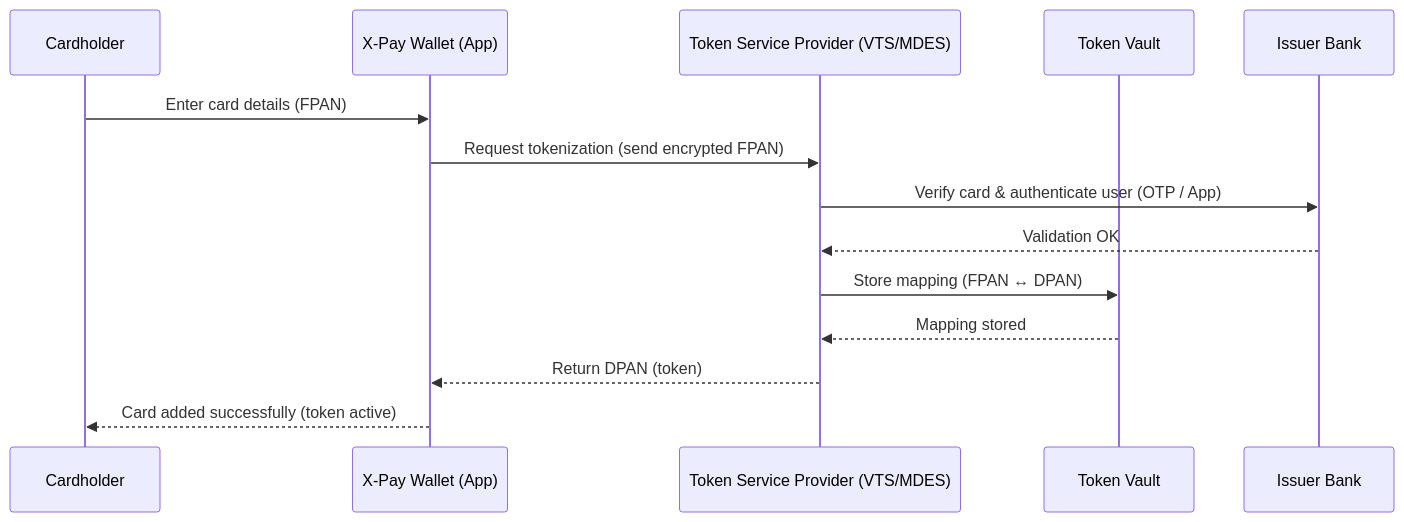
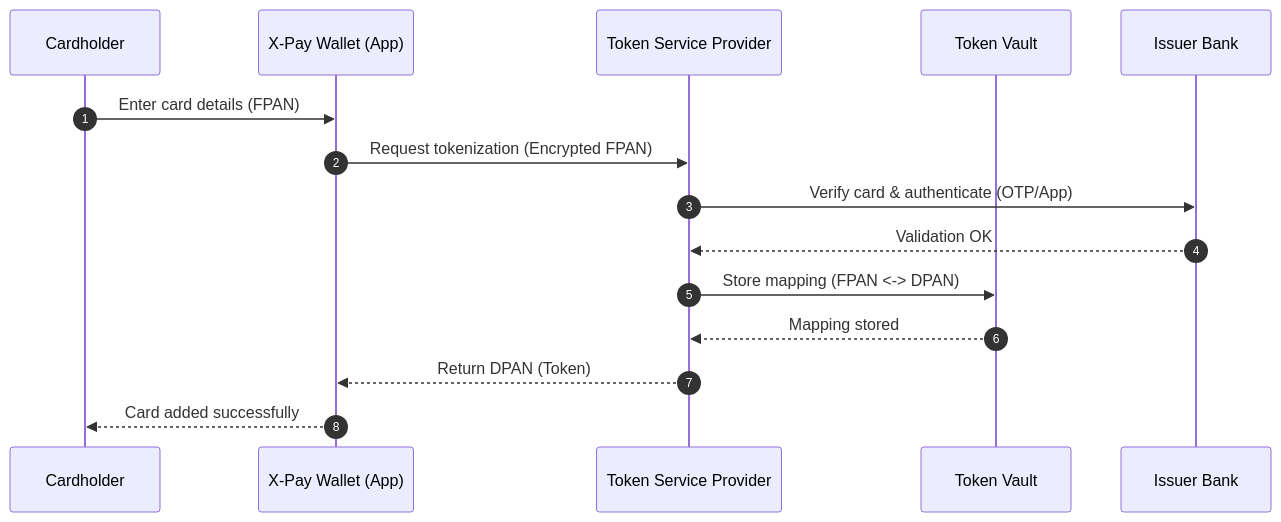
One commit to lorenzoleonelli/CISSP-Zero-to-Hero changed the first of 2 diagrams in DOMAIN2: Asset Security/2.D.2 Mobile wallets (e.g., Apple Pay, Google Pay): tokenization in action.md. Above: the diagram before and after it, drawn with Mermaid. The commit also changed other lines of this file, not shown here.

Commit message:
Update 2.D.2 Mobile wallets (e.g., Apple Pay, Google Pay): tokenization in action.md

````diff
--- a/DOMAIN2: Asset Security/2.D.2 Mobile wallets (e.g., Apple Pay, Google Pay): tokenization in action.md
+++ b/DOMAIN2: Asset Security/2.D.2 Mobile wallets (e.g., Apple Pay, Google Pay): tokenization in action.md
@@ -20,19 +20,19 @@
 ```mermaid
 sequenceDiagram
-    participant Cardholder
-    participant XPay_Wallet as X-Pay Wallet (App)
-    participant TSP as Token Service Provider (VTS/MDES)
-    participant Token_Vault as Token Vault
-    participant Issuer_Bank as Issuer Bank
+    autonumber
+    participant C as Cardholder
+    participant W as X-Pay Wallet (App)
+    participant TSP as Token Service Provider
+    participant TV as Token Vault
+    participant IB as Issuer Bank
 
-    Cardholder->>XPay_Wallet: Enter card details (FPAN)
-    XPay_Wallet->>TSP: Request tokenization (send encrypted FPAN)
-    TSP->>Issuer_Bank: Verify card & authenticate user (OTP / App)
-    Issuer_Bank-->>TSP: Validation OK
-    TSP->>Token_Vault: Store mapping (FPAN ↔ DPAN)
-    Token_Vault-->>TSP: Mapping stored
-    TSP-->>XPay_Wallet: Return DPAN (token)
-    XPay_Wallet-->>Cardholder: Card added successfully (token active)
-
+    C->>W: Enter card details (FPAN)
+    W->>TSP: Request tokenization (Encrypted FPAN)
+    TSP->>IB: Verify card & authenticate (OTP/App)
+    IB-->>TSP: Validation OK
+    TSP->>TV: Store mapping (FPAN <-> DPAN)
+    TV-->>TSP: Mapping stored
+    TSP-->>W: Return DPAN (Token)
+    W-->>C: Card added successfully
 
 ```
````
